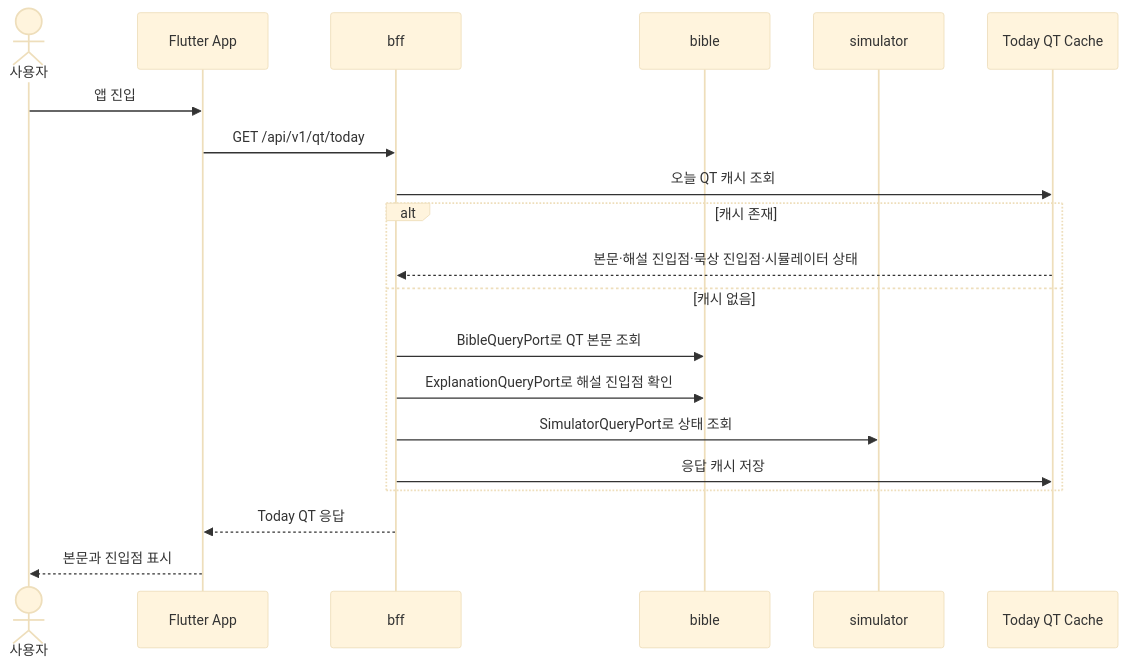
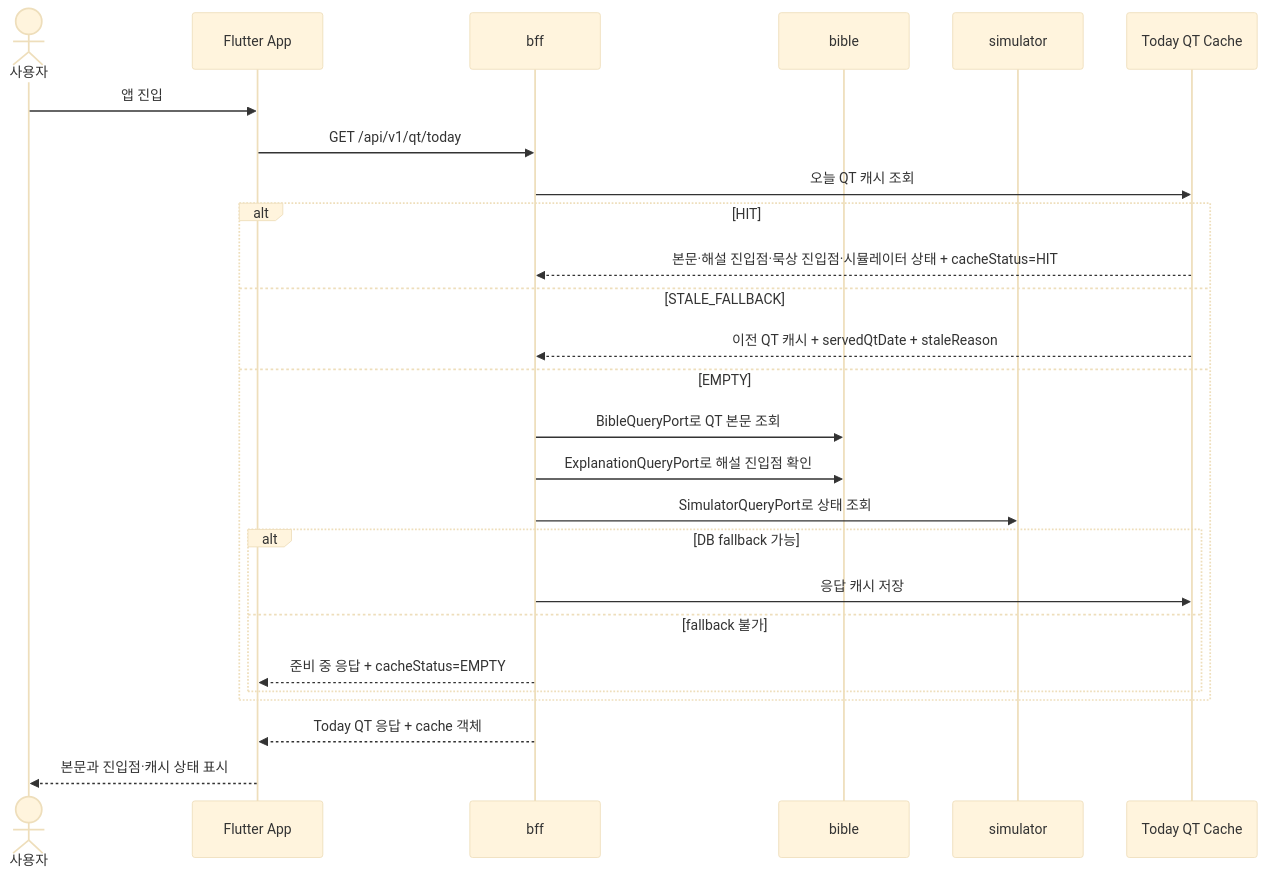
The first of 8 diagrams in 05_시퀀스_다이어그램.md (Tae0072/2nd-Team-Project), drawn with Mermaid (base theme) before and after one commit. The commit also changed other lines of this file and 6 other files, not shown here.

````diff
--- a/05_시퀀스_다이어그램.md
+++ b/05_시퀀스_다이어그램.md
@@ -34,23 +35,29 @@
 ```mermaid
 sequenceDiagram
     actor User as 사용자
     participant App as Flutter App
     participant BFF as bff
     participant Bible as bible
     participant Sim as simulator
     participant Cache as Today QT Cache
 
     User->>App: 앱 진입
     App->>BFF: GET /api/v1/qt/today
     BFF->>Cache: 오늘 QT 캐시 조회
-    alt 캐시 존재
-        Cache-->>BFF: 본문·해설 진입점·묵상 진입점·시뮬레이터 상태
-    else 캐시 없음
+    alt HIT
+        Cache-->>BFF: 본문·해설 진입점·묵상 진입점·시뮬레이터 상태 + cacheStatus=HIT
+    else STALE_FALLBACK
+        Cache-->>BFF: 이전 QT 캐시 + servedQtDate + staleReason
+    else EMPTY
         BFF->>Bible: BibleQueryPort로 QT 본문 조회
         BFF->>Bible: ExplanationQueryPort로 해설 진입점 확인
         BFF->>Sim: SimulatorQueryPort로 상태 조회
-        BFF->>Cache: 응답 캐시 저장
+        alt DB fallback 가능
+            BFF->>Cache: 응답 캐시 저장
+        else fallback 불가
+            BFF-->>App: 준비 중 응답 + cacheStatus=EMPTY
+        end
     end
-    BFF-->>App: Today QT 응답
-    App-->>User: 본문과 진입점 표시
+    BFF-->>App: Today QT 응답 + cache 객체
+    App-->>User: 본문과 진입점·캐시 상태 표시
 ```
````
